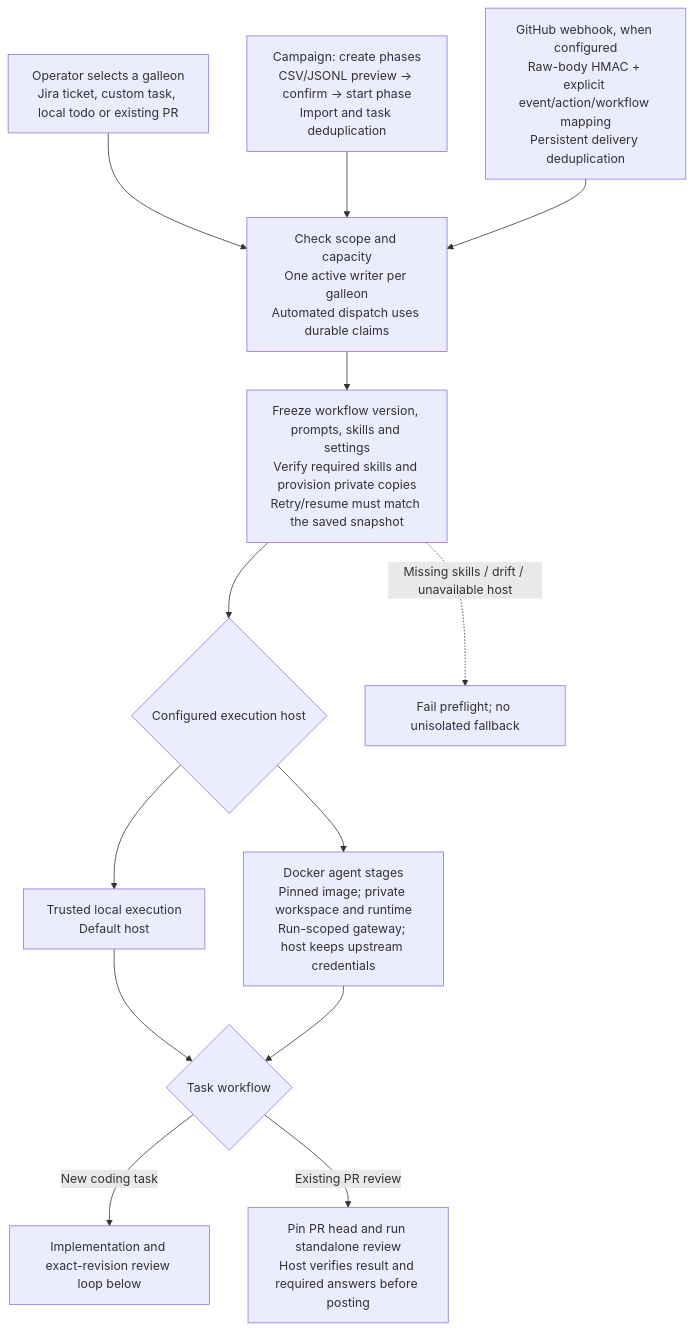
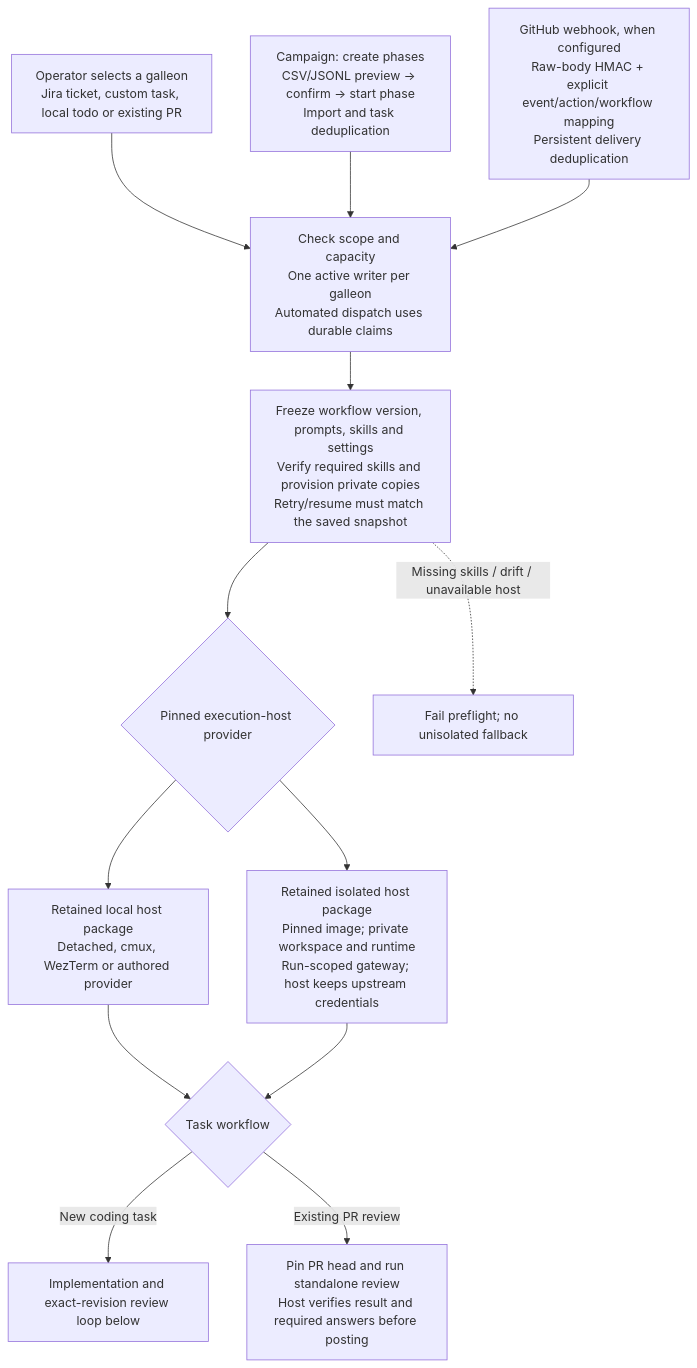
One commit to nloehlein-godaddy/helmsman changed diagram 17 of 19 in docs/helmsman-process.md. Above: the diagram before and after it, drawn with Mermaid. The commit also changed other lines of this file and 67 other files, not shown here.

Commit message:
Extract execution hosts into retained public plugin providers

````diff
--- a/docs/helmsman-process.md
+++ b/docs/helmsman-process.md
@@ -366,15 +387,15 @@
 ```mermaid
 flowchart TD
     Manual[Operator selects a galleon<br/>Jira ticket, custom task, local todo or existing PR] --> Dispatch
     Campaign[Campaign: create phases<br/>CSV/JSONL preview → confirm → start phase<br/>Import and task deduplication] --> Dispatch
     Webhook[GitHub webhook, when configured<br/>Raw-body HMAC + explicit event/action/workflow mapping<br/>Persistent delivery deduplication] --> Dispatch
     Dispatch[Check scope and capacity<br/>One active writer per galleon<br/>Automated dispatch uses durable claims] --> Snapshot[Freeze workflow version, prompts, skills and settings<br/>Verify required skills and provision private copies<br/>Retry/resume must match the saved snapshot]
-    Snapshot --> Host{Configured execution host}
-    Host --> Local[Trusted local execution<br/>Default host]
-    Host --> Docker[Docker agent stages<br/>Pinned image; private workspace and runtime<br/>Run-scoped gateway; host keeps upstream credentials]
+    Snapshot --> Host{Pinned execution-host provider}
+    Host --> Local[Retained local host package<br/>Detached, cmux, WezTerm or authored provider]
+    Host --> Docker[Retained isolated host package<br/>Pinned image; private workspace and runtime<br/>Run-scoped gateway; host keeps upstream credentials]
     Local --> Workflow{Task workflow}
     Docker --> Workflow
     Workflow -->|New coding task| Coding[Implementation and exact-revision review loop below]
     Workflow -->|Existing PR review| Review[Pin PR head and run standalone review<br/>Host verifies result and required answers before posting]
     Snapshot -.->|Missing skills / drift / unavailable host| Block[Fail preflight; no unisolated fallback]
 ```
````
